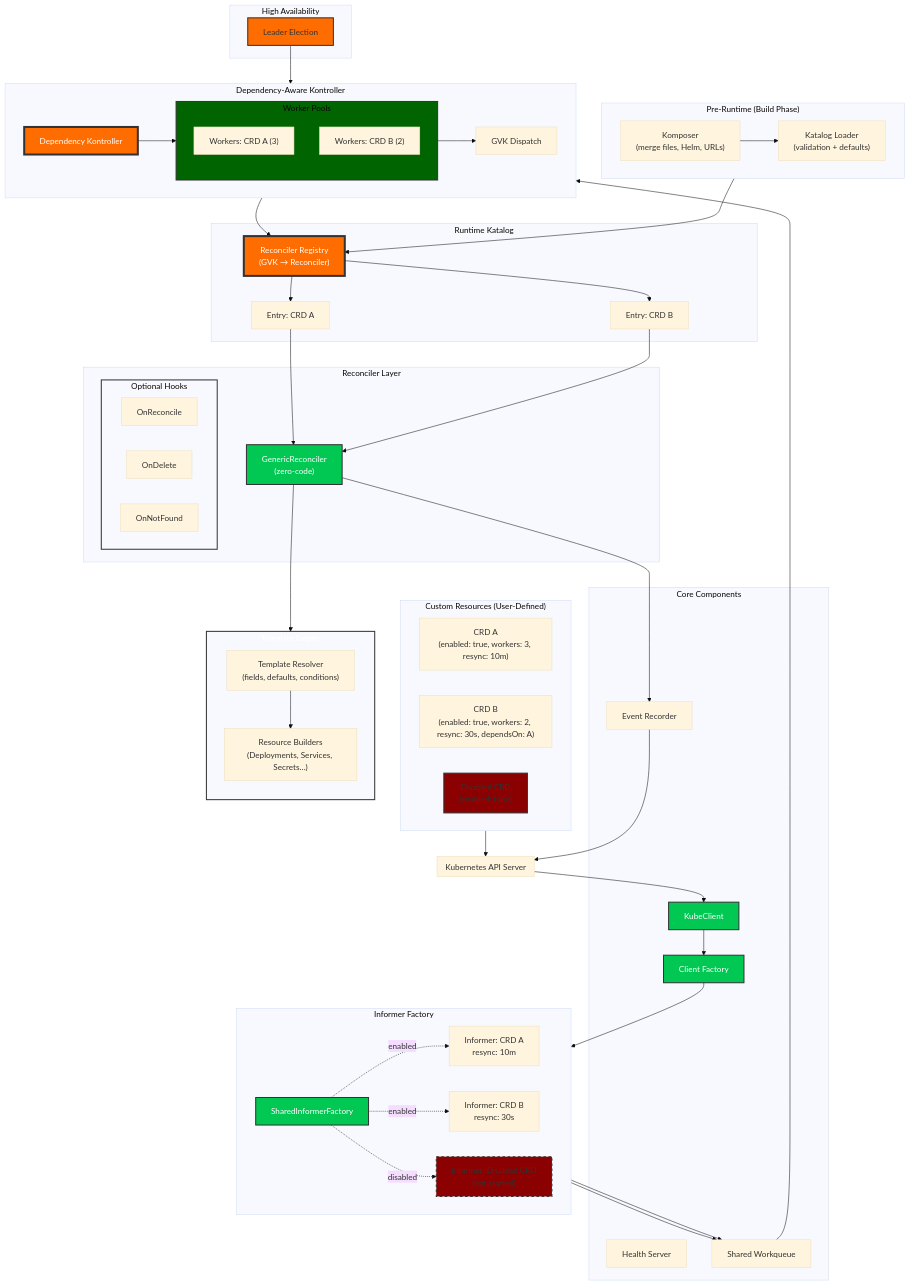
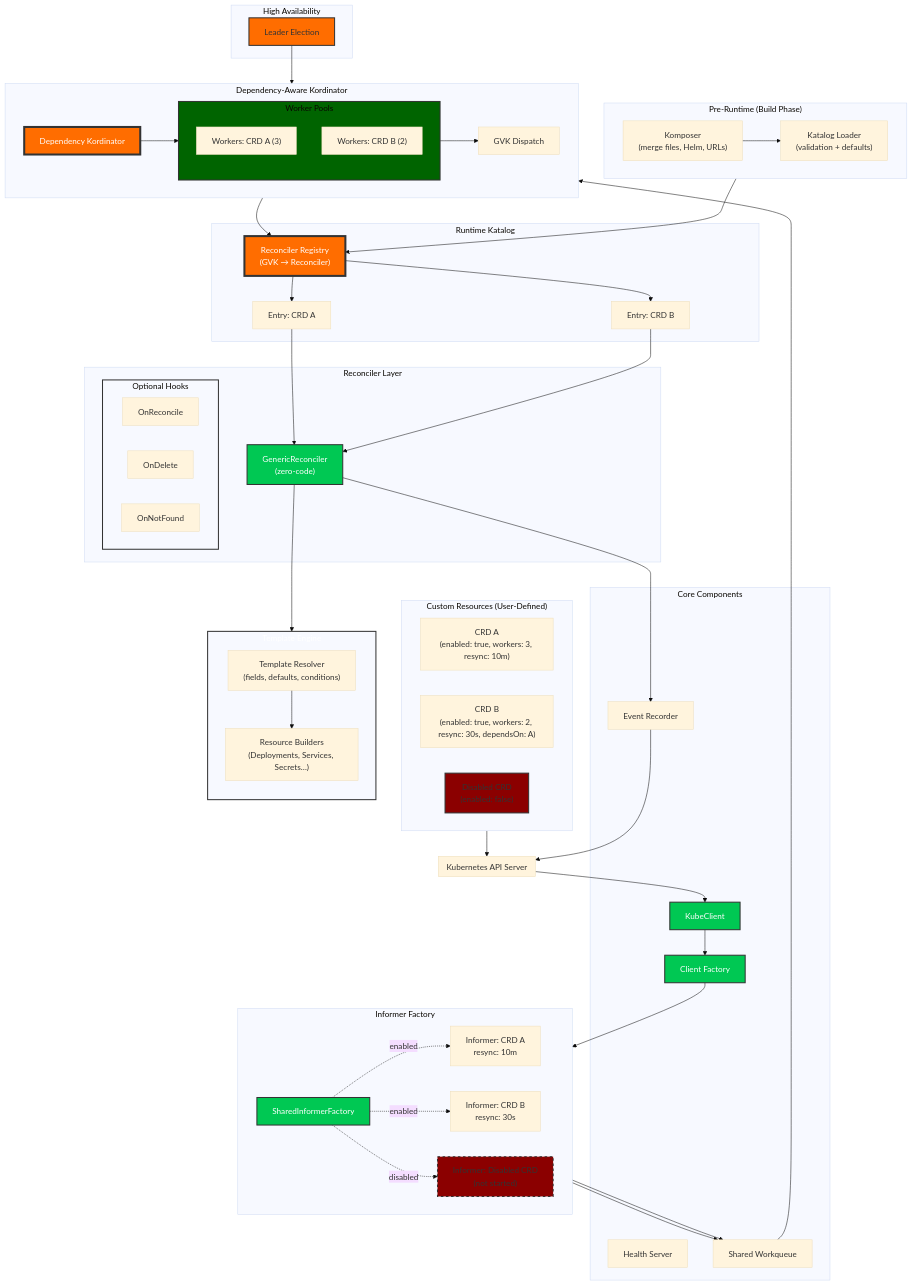
The diagram in docs/runtime-manual/architecture/full-architecture-view.md (iAlexeze/orkestra), drawn with Mermaid (base theme) before and after one commit. The commit also changed 70 other files, not shown here.

First line of the commit message:
refactor(kordinator): rename DependencyKontroller → DependencyKordinator

```diff
--- a/docs/runtime-manual/architecture/full-architecture-view.md
+++ b/docs/runtime-manual/architecture/full-architecture-view.md
@@ -79,11 +79,11 @@
 end
 
 %% ============================
-%% WORKERS + KONTROLLER
+%% WORKERS + KORDINATOR
 %% ============================
-subgraph Kontroller["Dependency‑Aware Kontroller"]
+subgraph Kordinator["Dependency‑Aware Kordinator"]
     direction LR
-    C["Dependency Kontroller"]
+    C["Dependency Kordinator"]
     subgraph Pools["Worker Pools"]
         W1["Workers: CRD A (3)"]
         W2["Workers: CRD B (2)"]
```
